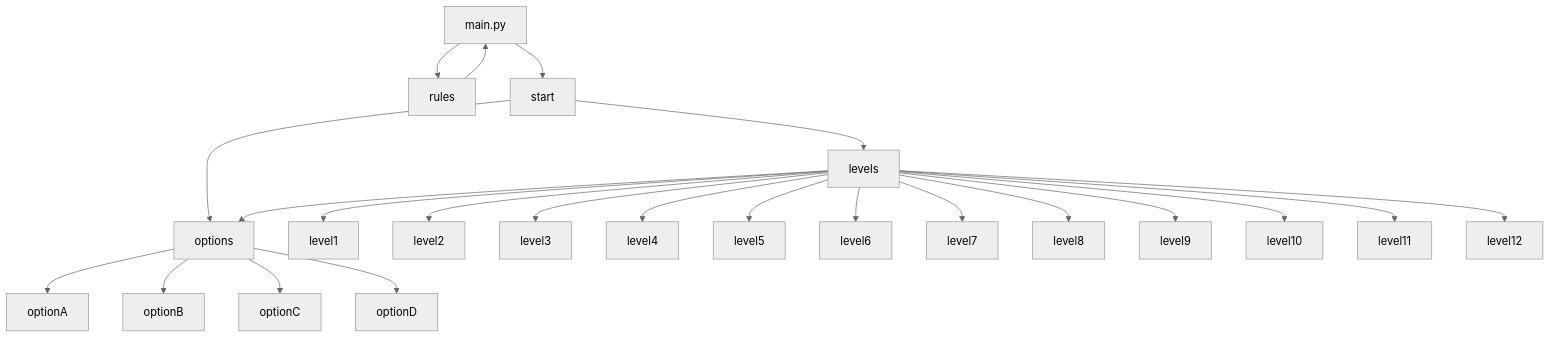
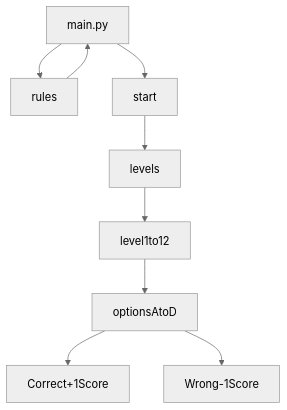
One commit to CallMeYuBing/EGL314MovieQuiz changed the diagram in README.md. Above: the diagram before and after it, drawn with Mermaid (neutral theme). The commit also changed other lines of this file, not shown here.

````diff
--- a/README.md
+++ b/README.md
@@ -13,25 +13,11 @@
 ```mermaid
 graph TD;
-main.py-->rules;
+main.py-->rules
 rules-->main.py
-main.py-->start;
-start-->levels;
-start-->options;
-levels-->level1;
-levels-->level2;
-levels-->level3;
-levels-->level4;
-levels-->level5;
-levels-->level6;
-levels-->level7;
-levels-->level8;
-levels-->level9;
-levels-->level10;
-levels-->level11;
-levels-->level12;
-options-->optionA;
-options-->optionB;
-options-->optionC;
-options-->optionD;
-levels-->options;
+main.py-->start
+start-->levels
+levels-->level1to12
+level1to12-->optionsAtoD
+optionsAtoD-->Correct+1Score
+optionsAtoD-->Wrong-1Score
 ```
````
